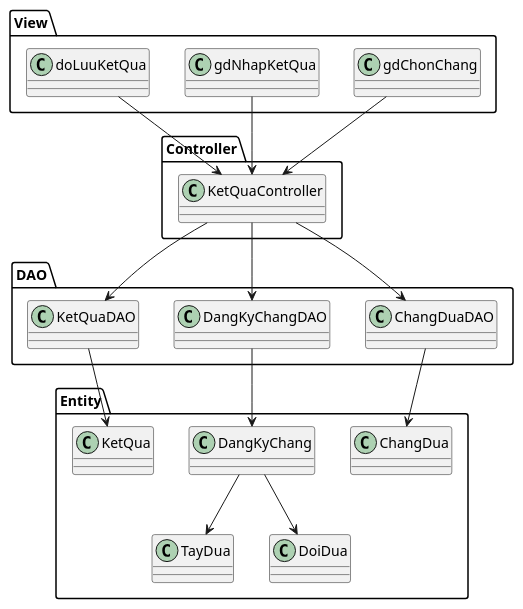
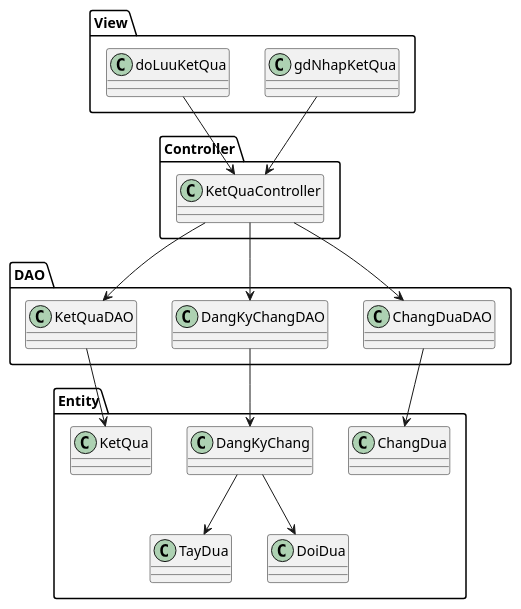
One commit to 7gho/CNPM-He2026 changed the fourth of 5 diagrams in Module 3 - Kiet/noi-dung.md. Above: the diagram before and after it, drawn with PlantUML. The commit also changed other lines of this file, not shown here.

````diff
--- a/Module 3 - Kiet/noi-dung.md
+++ b/Module 3 - Kiet/noi-dung.md
@@ -161,35 +272,40 @@
 ```plantuml
 @startuml
 package View {
-  class gdChonChang
   class gdNhapKetQua
   class doLuuKetQua
 }
+
 package Controller {
   class KetQuaController
 }
+
 package DAO {
   class ChangDuaDAO
   class DangKyChangDAO
   class KetQuaDAO
 }
+
 package Entity {
   class ChangDua
   class DangKyChang
   class TayDua
   class DoiDua
   class KetQua
 }
-gdChonChang --> KetQuaController
+
 gdNhapKetQua --> KetQuaController
 doLuuKetQua --> KetQuaController
+
 KetQuaController --> ChangDuaDAO
 KetQuaController --> DangKyChangDAO
 KetQuaController --> KetQuaDAO
+
 ChangDuaDAO --> ChangDua
 DangKyChangDAO --> DangKyChang
 KetQuaDAO --> KetQua
+
 DangKyChang --> TayDua
 DangKyChang --> DoiDua
 @enduml
 ```
````
